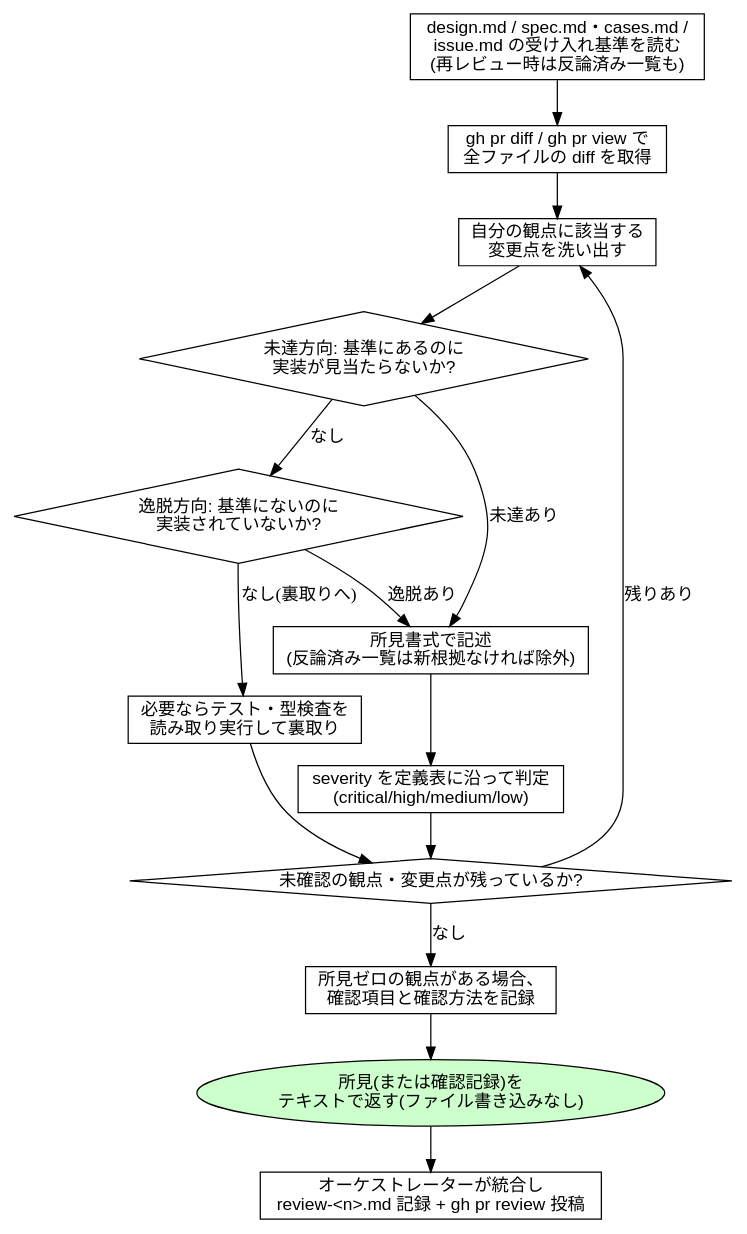
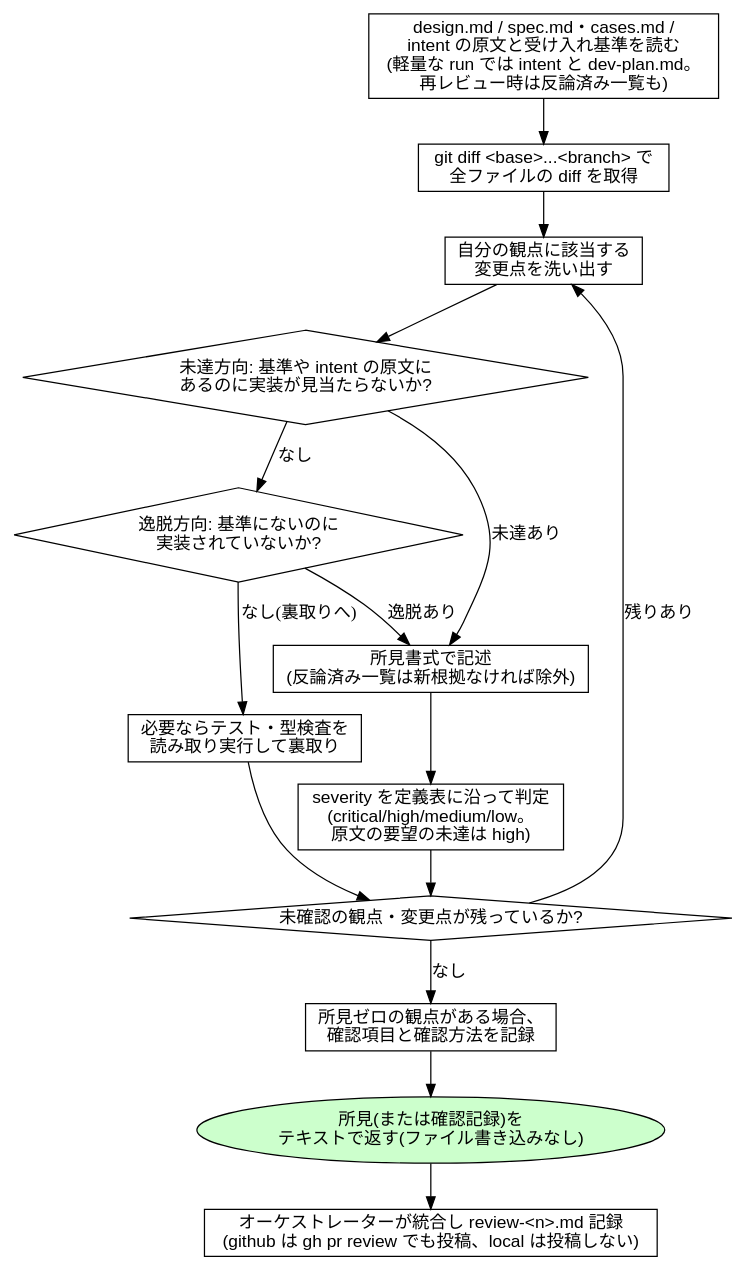
The tenth of 15 diagrams in plugins/codiel/docs/skill-flowcharts.md (Amatsuka-kobo/amatsuka-claude-plugins), drawn with Graphviz before and after one commit. The commit also changed other lines of this file and 15 other files, not shown here.

````diff
--- a/plugins/codiel/docs/skill-flowcharts.md
+++ b/plugins/codiel/docs/skill-flowcharts.md
@@ -436,31 +399,31 @@
 ```dot
 digraph reviewing_diffs {
   rankdir=TB;
   node [fontname="sans-serif"];
 
-  read_docs [label="design.md / spec.md・cases.md /\nissue.md の受け入れ基準を読む\n(再レビュー時は反論済み一覧も)", shape=box];
-  get_diff [label="gh pr diff / gh pr view で\n全ファイルの diff を取得", shape=box];
+  read_docs [label="design.md / spec.md・cases.md /\nintent の原文と受け入れ基準を読む\n(軽量な run では intent と dev-plan.md。\n再レビュー時は反論済み一覧も)", shape=box];
+  get_diff [label="git diff <base>...<branch> で\n全ファイルの diff を取得", shape=box];
   scope [label="自分の観点に該当する\n変更点を洗い出す", shape=box];
-  check_missing [label="未達方向: 基準にあるのに\n実装が見当たらないか?", shape=diamond];
+  check_missing [label="未達方向: 基準や intent の原文に\nあるのに実装が見当たらないか?", shape=diamond];
   check_deviation [label="逸脱方向: 基準にないのに\n実装されていないか?", shape=diamond];
   verify [label="必要ならテスト・型検査を\n読み取り実行して裏取り", shape=box];
-  classify [label="severity を定義表に沿って判定\n(critical/high/medium/low)", shape=box];
+  classify [label="severity を定義表に沿って判定\n(critical/high/medium/low。\n原文の要望の未達は high)", shape=box];
   write_finding [label="所見書式で記述\n(反論済み一覧は新根拠なければ除外)", shape=box];
   more [label="未確認の観点・変更点が残っているか?", shape=diamond];
   zero_findings [label="所見ゼロの観点がある場合、\n確認項目と確認方法を記録", shape=box];
   report [label="所見(または確認記録)を\nテキストで返す(ファイル書き込みなし)", shape=ellipse, style=filled, fillcolor="#ccffcc"];
-  orchestrator [label="オーケストレーターが統合し\nreview-<n>.md 記録 + gh pr review 投稿", shape=box];
+  orchestrator [label="オーケストレーターが統合し review-<n>.md 記録\n(github は gh pr review でも投稿、local は投稿しない)", shape=box];
 
   read_docs -> get_diff -> scope -> check_missing;
   check_missing -> write_finding [label="未達あり"];
   check_missing -> check_deviation [label="なし"];
   check_deviation -> write_finding [label="逸脱あり"];
   check_deviation -> verify [label="なし(裏取りへ)"];
   write_finding -> classify -> more;
   verify -> more;
   more -> scope [label="残りあり"];
   more -> zero_findings [label="なし"];
   zero_findings -> report;
   report -> orchestrator;
 }
 ```
````
